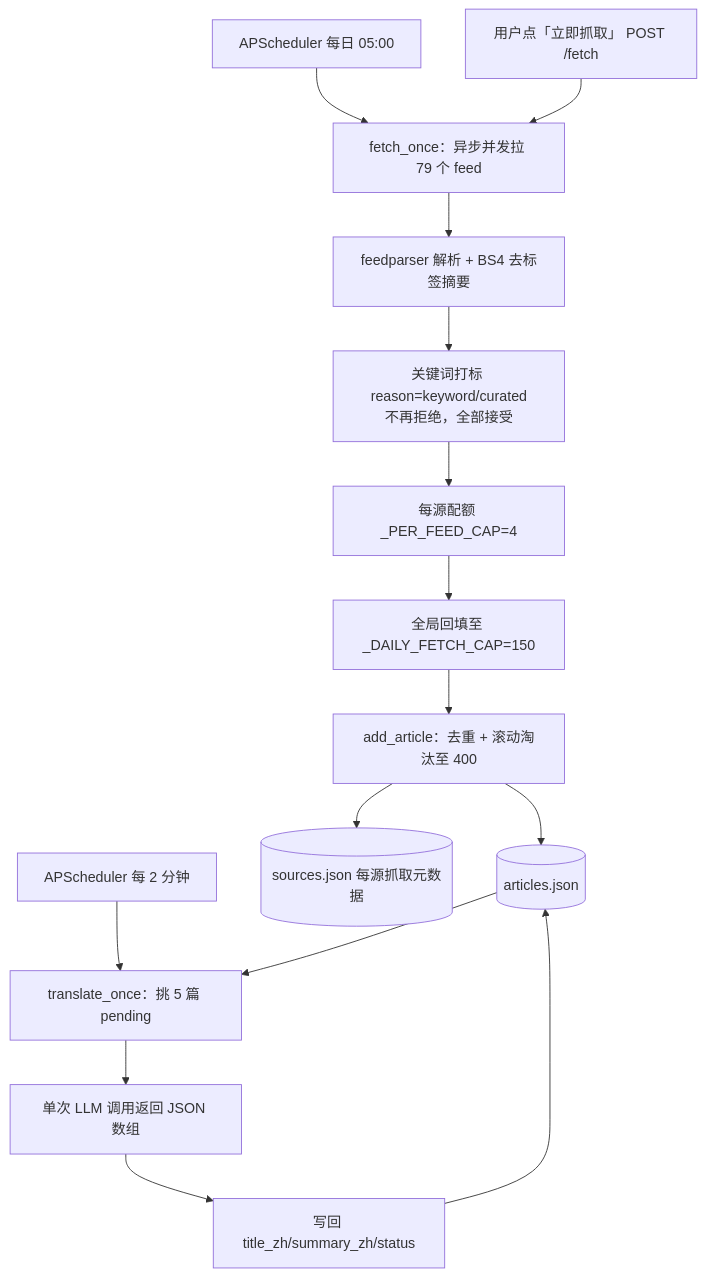
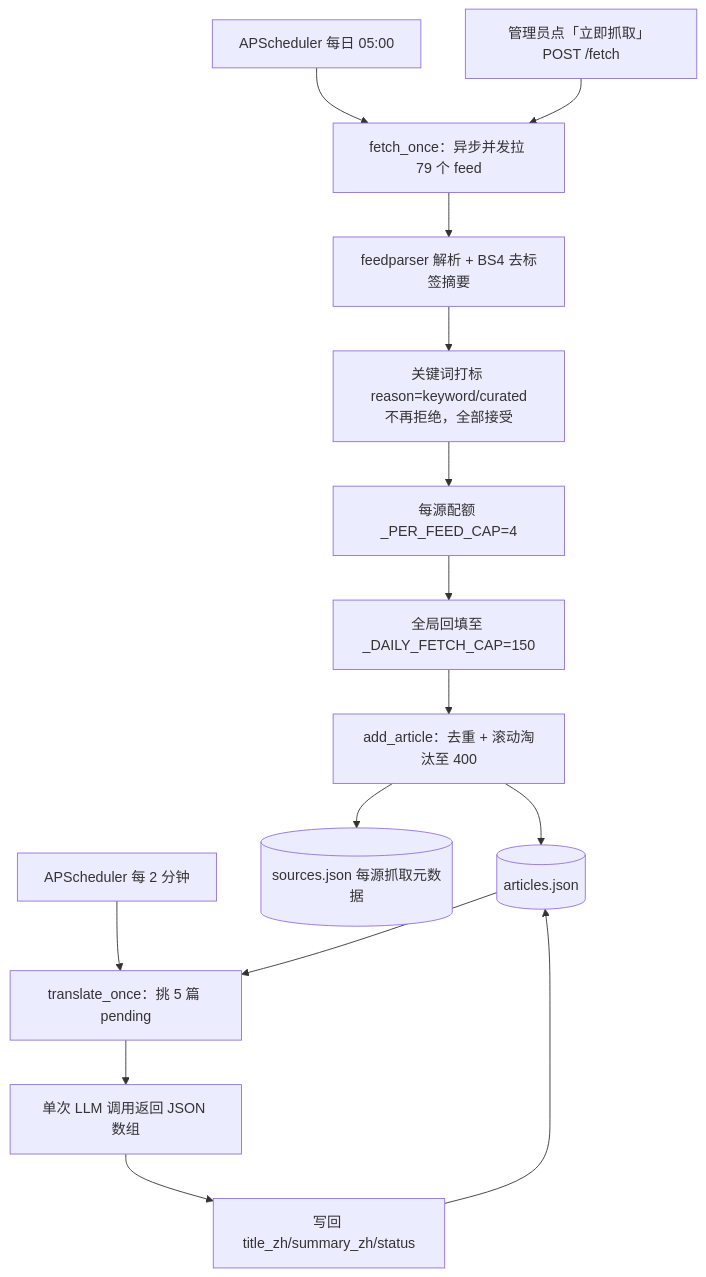
Before and after one commit to nikefd/ai-frontier-agent: the diagram in llmdoc/architecture/rss-pipeline-architecture.md, drawn with Mermaid. The commit also changed other lines of this file and 41 other files, not shown here.

````diff
--- a/llmdoc/architecture/rss-pipeline-architecture.md
+++ b/llmdoc/architecture/rss-pipeline-architecture.md
@@ -10,19 +10,19 @@
 ```mermaid
 flowchart TD
   cron[APScheduler 每日 05:00] --> fetch
-  manual[用户点「立即抓取」 POST /fetch] --> fetch
+  manual[管理员点「立即抓取」 POST /fetch] --> fetch
   fetch[fetch_once：异步并发拉 79 个 feed]
   fetch --> parse[feedparser 解析 + BS4 去标签摘要]
   parse --> tag[关键词打标 reason=keyword/curated<br/>不再拒绝，全部接受]
   tag --> quota[每源配额 _PER_FEED_CAP=4]
   quota --> global[全局回填至 _DAILY_FETCH_CAP=150]
   global --> store[add_article：去重 + 滚动淘汰至 400]
   store --> articles[(articles.json)]
   store --> meta[(sources.json 每源抓取元数据)]
 
   tick[APScheduler 每 2 分钟] --> trans[translate_once：挑 5 篇 pending]
   articles --> trans
   trans --> llm[单次 LLM 调用返回 JSON 数组]
   llm --> writeback[写回 title_zh/summary_zh/status]
   writeback --> articles
 ```
````
